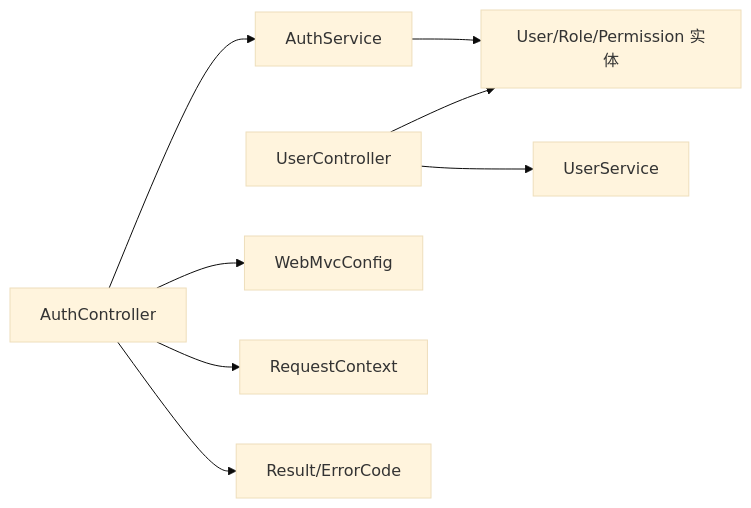
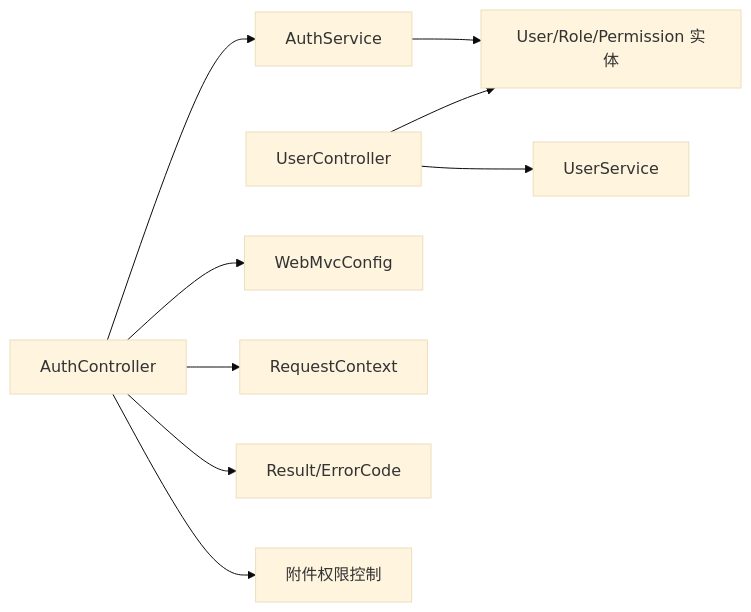
One commit to liming-lihaini/workflow changed diagram 12 of 12 in .qoder/repowiki/zh/content/API接口文档/用户认证API.md. Above: the diagram before and after it, drawn with Mermaid (base theme). The commit also changed other lines of this file and 30 other files, not shown here.

````diff
--- a/.qoder/repowiki/zh/content/API接口文档/用户认证API.md
+++ b/.qoder/repowiki/zh/content/API接口文档/用户认证API.md
@@ -472,10 +496,11 @@
 ```mermaid
 graph LR
 AC["AuthController"] --> AS["AuthService"]
 UC["UserController"] --> US["UserService"]
 AS --> ENT["User/Role/Permission 实体"]
 UC --> ENT
 AC --> CFG["WebMvcConfig"]
 AC --> CTX["RequestContext"]
 AC --> RESP["Result/ErrorCode"]
+AC --> ATT["附件权限控制"]
 ```
````
